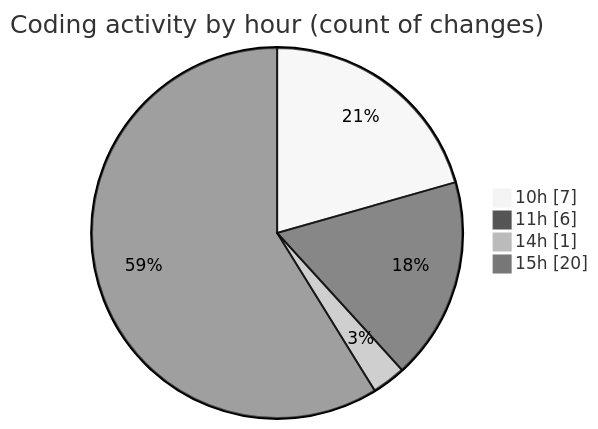
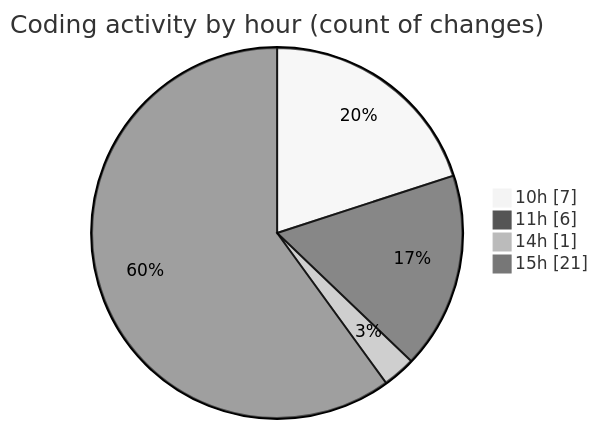
One commit to nxtqubesakshisongat/code-tracking changed the second of 2 diagrams in 2025-11-18/nxtqube_webapp/README.md. Above: the diagram before and after it, drawn with Mermaid (neutral theme). The commit also changed other lines of this file and 1 other file, not shown here.

````diff
--- a/2025-11-18/nxtqube_webapp/README.md
+++ b/2025-11-18/nxtqube_webapp/README.md
@@ -33,8 +33,8 @@
 ```mermaid
 pie showData
 title Coding activity by hour (count of changes)
 "10h" : 7
 "11h" : 6
 "14h" : 1
-"15h" : 20
+"15h" : 21
 ```
````
